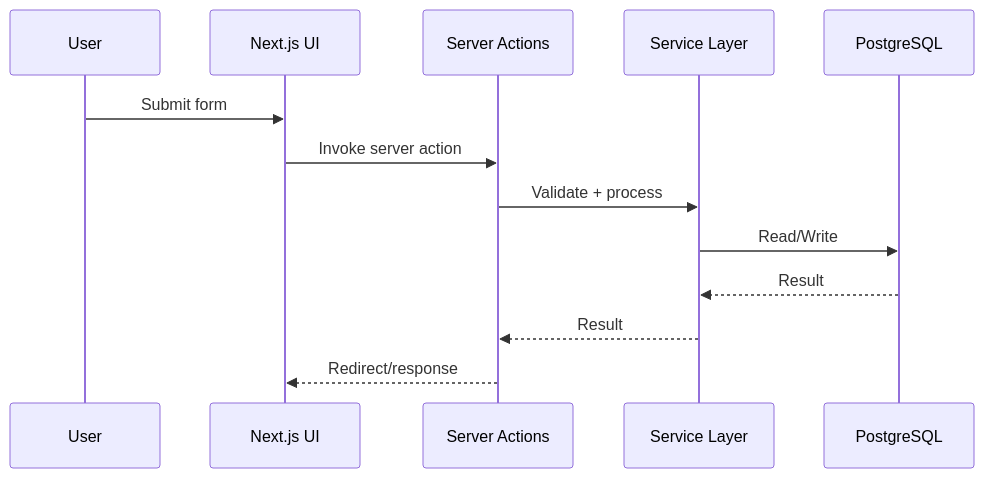
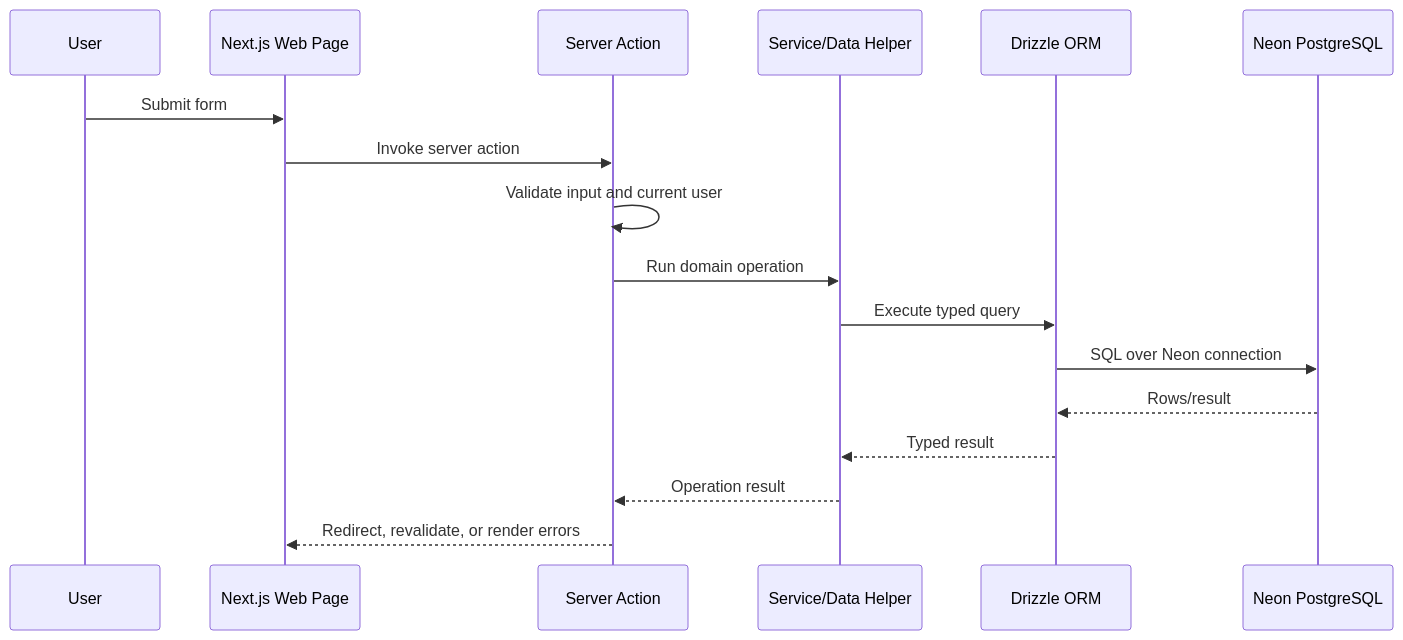
The second of 4 diagrams in docs/architecture.md (PavlinPanev/badminton-planner), drawn with Mermaid before and after one commit. The commit also changed other lines of this file and 4 other files, not shown here.

````diff
--- a/docs/architecture.md
+++ b/docs/architecture.md
@@ -84,16 +113,20 @@
 ```mermaid
 sequenceDiagram
   participant User
-  participant Web as Next.js UI
-  participant Action as Server Actions
-  participant Services as Service Layer
-  participant DB as PostgreSQL
+  participant Web as Next.js Web Page
+  participant Action as Server Action
+  participant Service as Service/Data Helper
+  participant ORM as Drizzle ORM
+  participant DB as Neon PostgreSQL
 
   User->>Web: Submit form
   Web->>Action: Invoke server action
-  Action->>Services: Validate + process
-  Services->>DB: Read/Write
-  DB-->>Services: Result
-  Services-->>Action: Result
-  Action-->>Web: Redirect/response
+  Action->>Action: Validate input and current user
+  Action->>Service: Run domain operation
+  Service->>ORM: Execute typed query
+  ORM->>DB: SQL over Neon connection
+  DB-->>ORM: Rows/result
+  ORM-->>Service: Typed result
+  Service-->>Action: Operation result
+  Action-->>Web: Redirect, revalidate, or render errors
 ```
````
